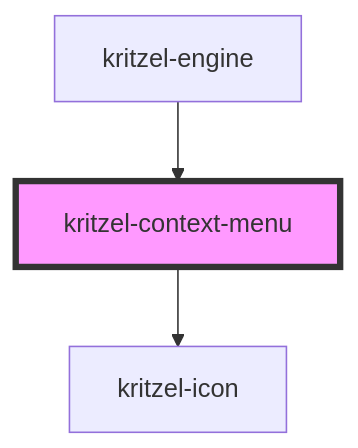
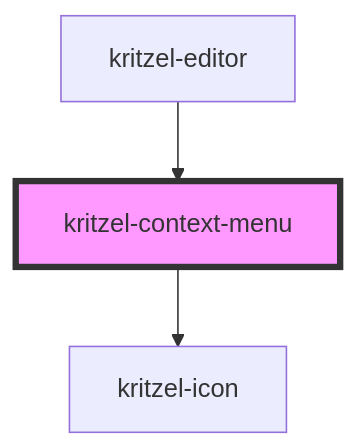
The diagram in libs/kritzel-stencil/src/components/ui/kritzel-context-menu/readme.md (kasual1/kritzel), drawn with Mermaid before and after one commit. The commit also changed other lines of this file and 3 other files, not shown here.

Commit message:
#372: Fix context-menu related e2e test by not checking in kritzel-engine but in kritzel-editor for presence

````diff
--- a/libs/kritzel-stencil/src/components/ui/kritzel-context-menu/readme.md
+++ b/libs/kritzel-stencil/src/components/ui/kritzel-context-menu/readme.md
@@ -35,6 +35,6 @@
 ```mermaid
 graph TD;
   kritzel-context-menu --> kritzel-icon
-  kritzel-engine --> kritzel-context-menu
+  kritzel-editor --> kritzel-context-menu
   style kritzel-context-menu fill:#f9f,stroke:#333,stroke-width:4px
 ```
````
